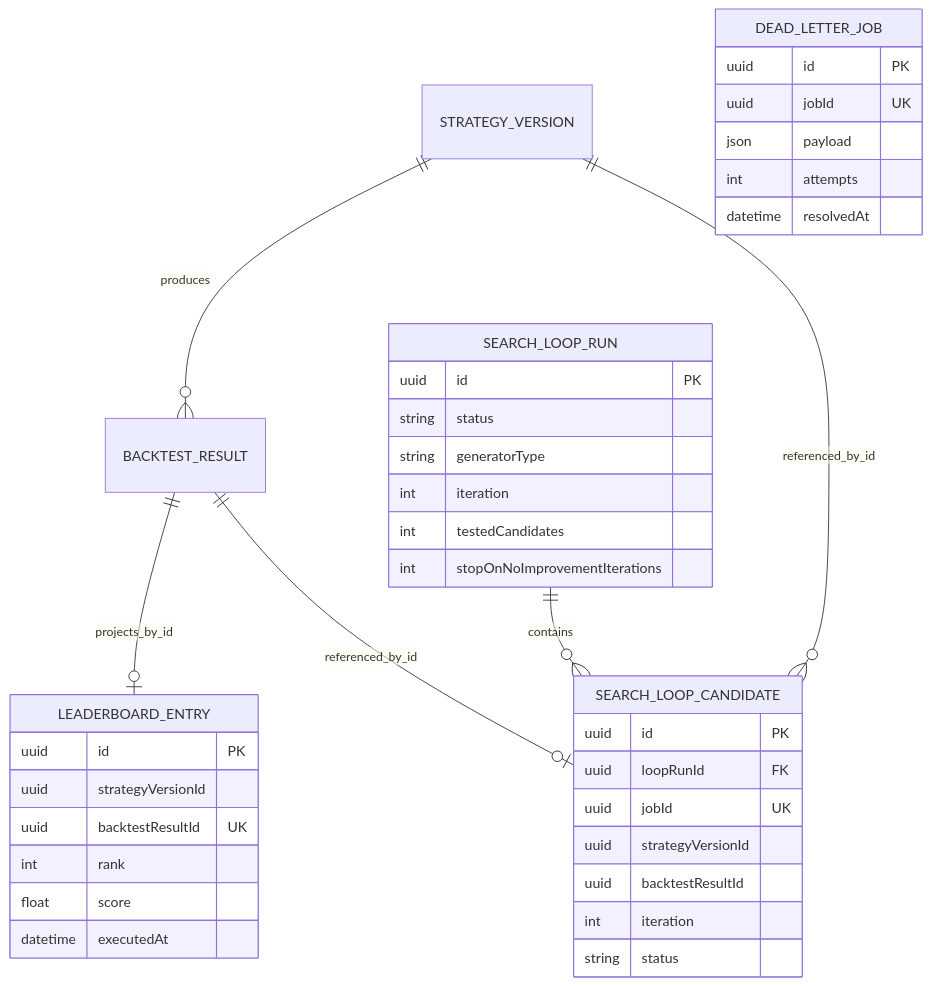
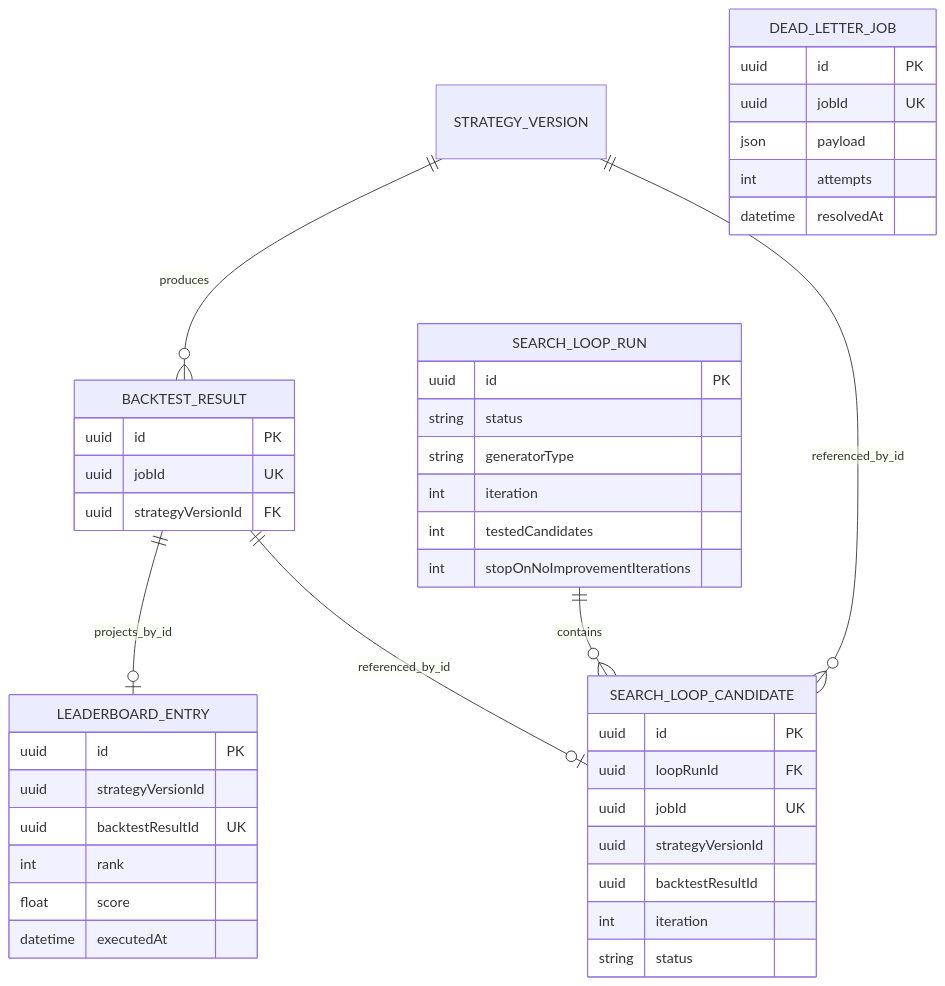
The diagram in sdd_artifacts/event-infrastructure-dashboard/data-model.md (Hoang105205/Crypto-Strategy-Lab), drawn with Mermaid before and after one commit. The commit also changed 42 other files, not shown here.

````diff
--- a/sdd_artifacts/event-infrastructure-dashboard/data-model.md
+++ b/sdd_artifacts/event-infrastructure-dashboard/data-model.md
@@ -5,41 +5,46 @@
 ```mermaid
 erDiagram
     STRATEGY_VERSION ||--o{ BACKTEST_RESULT : produces
     BACKTEST_RESULT ||--o| LEADERBOARD_ENTRY : projects_by_id
     SEARCH_LOOP_RUN ||--o{ SEARCH_LOOP_CANDIDATE : contains
     STRATEGY_VERSION ||--o{ SEARCH_LOOP_CANDIDATE : referenced_by_id
     BACKTEST_RESULT ||--o| SEARCH_LOOP_CANDIDATE : referenced_by_id
 
+    BACKTEST_RESULT {
+      uuid id PK
+      uuid jobId UK
+      uuid strategyVersionId FK
+    }
     LEADERBOARD_ENTRY {
       uuid id PK
       uuid strategyVersionId
       uuid backtestResultId UK
       int rank
       float score
       datetime executedAt
     }
     SEARCH_LOOP_RUN {
       uuid id PK
       string status
       string generatorType
       int iteration
       int testedCandidates
       int stopOnNoImprovementIterations
     }
     SEARCH_LOOP_CANDIDATE {
       uuid id PK
       uuid loopRunId FK
       uuid jobId UK
       uuid strategyVersionId
       uuid backtestResultId
       int iteration
       string status
     }
     DEAD_LETTER_JOB {
       uuid id PK
       uuid jobId UK
       json payload
       int attempts
       datetime resolvedAt
     }
 ```
````
